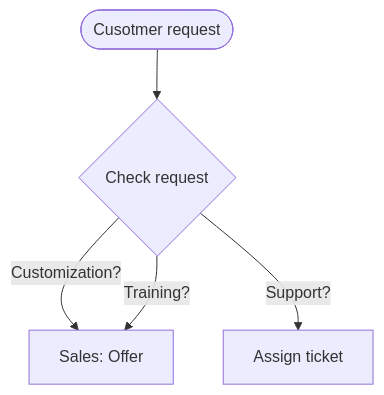
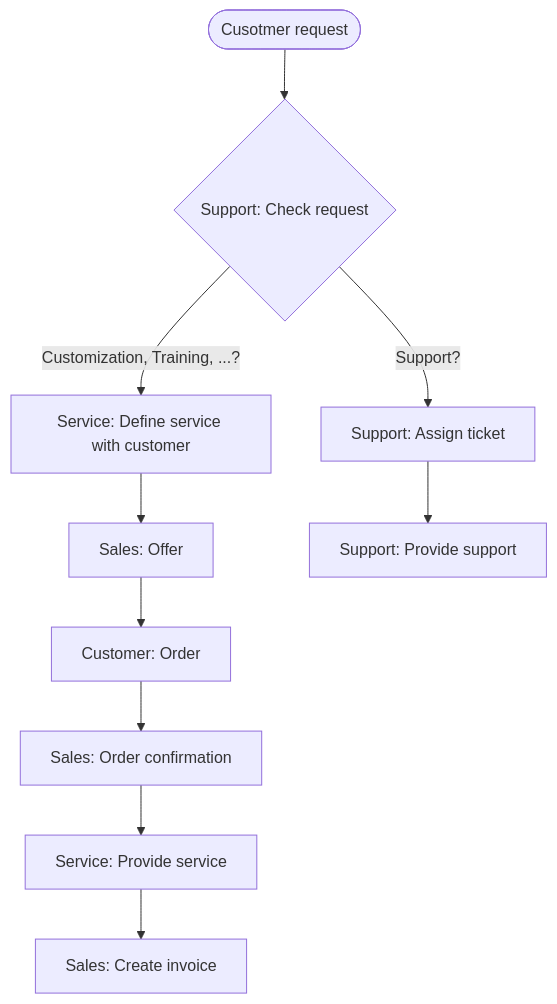
The diagram in Processes/04_Support & Service_Flowchart.md (Karaka-Management/Organization-Guide), drawn with Mermaid before and after one commit.

Commit message:
Update 04_Support & Service_Flowchart.md

````diff
--- a/Processes/04_Support & Service_Flowchart.md
+++ b/Processes/04_Support & Service_Flowchart.md
@@ -5,7 +5,12 @@
 ```mermaid
 graph TD;
-    REQUEST([Cusotmer request])-->CHECK_REQUEST{Check request}
-    CHECK_REQUEST--Customization?-->OFFER[Sales: Offer]
-    CHECK_REQUEST--Training?-->OFFER[Sales: Offer]
-    CHECK_REQUEST--Support?-->TICKET_ASSIGN[Assign ticket]
+    REQUEST([Cusotmer request])-->CHECK_REQUEST{Support: Check request}
+    CHECK_REQUEST--Customization, Training, ...?-->DEFINE_SERVICE[Service: Define service with customer]
+    DEFINE_SERVICE-->OFFER[Sales: Offer]
+    OFFER-->ORDER[Customer: Order]
+    ORDER-->ORDER_COFIRMATION[Sales: Order confirmation]
+    ORDER_COFIRMATION-->PROVIDE_SERVICE[Service: Provide service]
+    PROVIDE_SERVICE-->INVOICE[Sales: Create invoice]
+    CHECK_REQUEST--Support?-->TICKET_ASSIGN[Support: Assign ticket]
+    TICKET_ASSIGN-->PROVIDE_SUPPORT[Support: Provide support]
 ```
````
